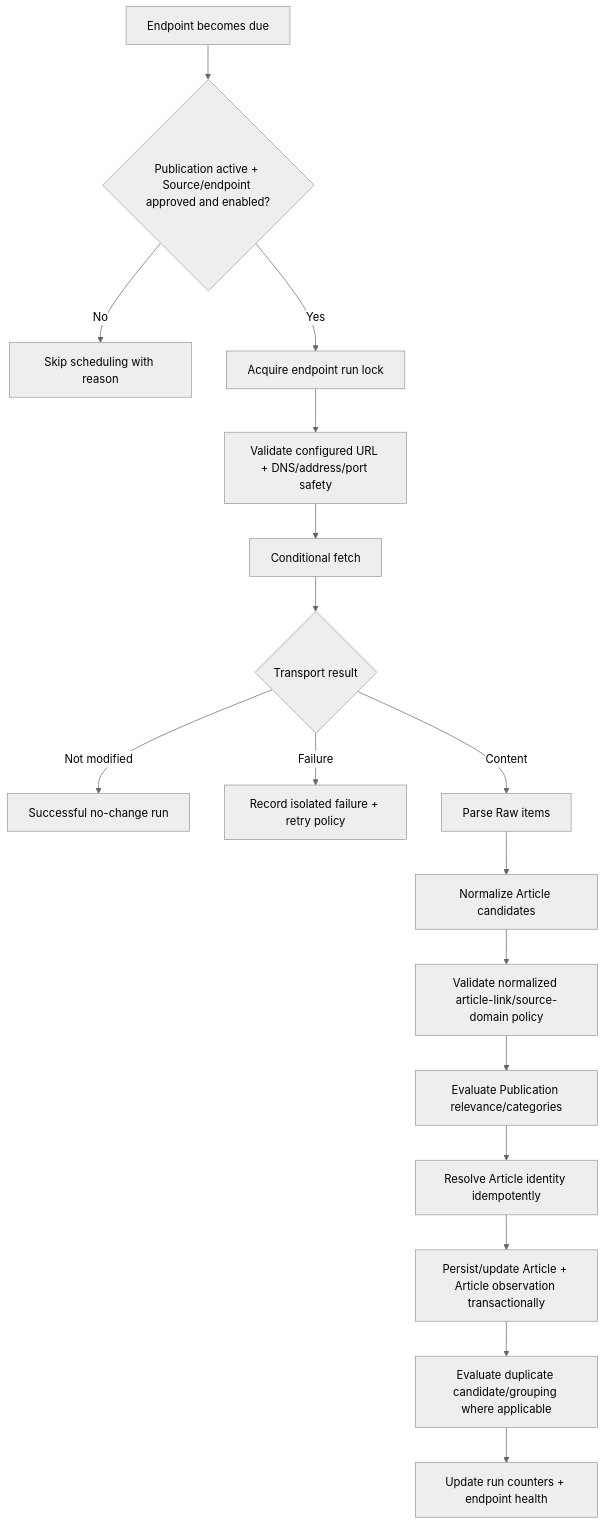
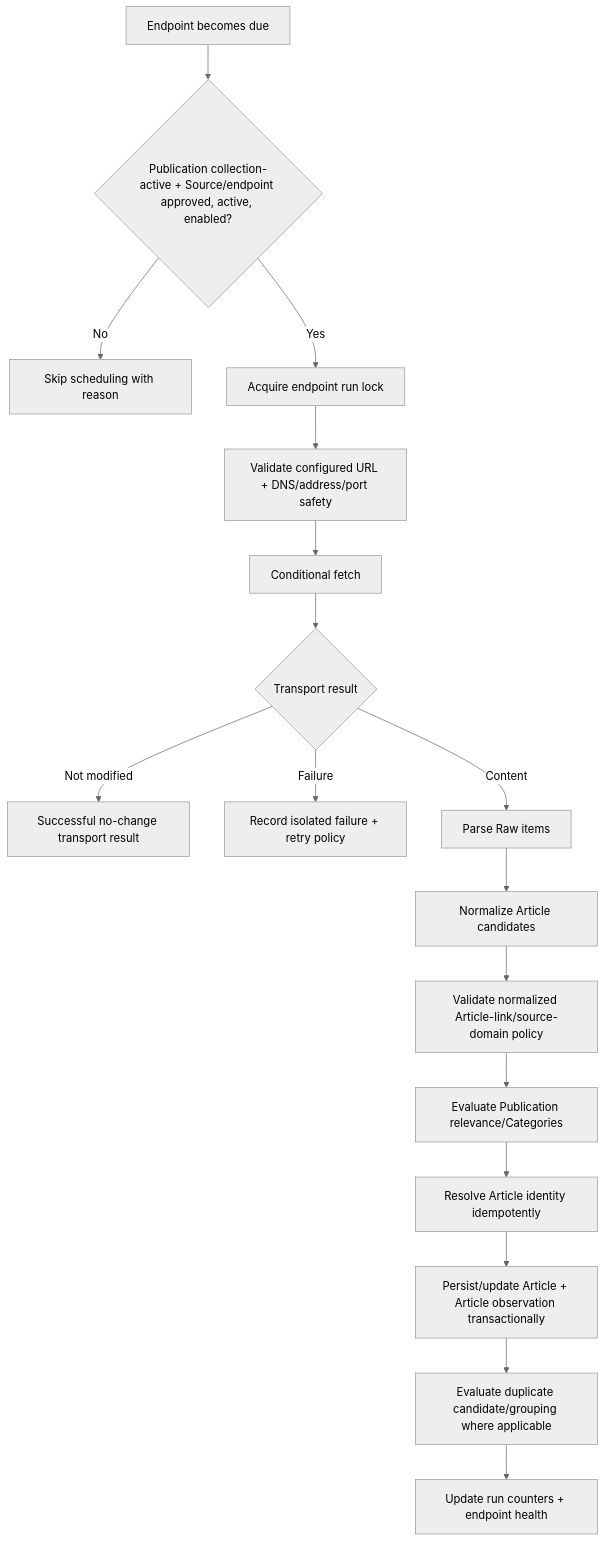
Before and after one commit to jfin602/news-scraper: the second of 2 diagrams in docs/architecture/system-architecture.md, drawn with Mermaid (neutral theme). The commit also changed other lines of this file and 8 other files, not shown here.

````diff
--- a/docs/architecture/system-architecture.md
+++ b/docs/architecture/system-architecture.md
@@ -77,19 +77,19 @@
 ```mermaid
 flowchart TD
-    A[Endpoint becomes due] --> B{Publication active + Source/endpoint approved and enabled?}
+    A[Endpoint becomes due] --> B{Publication collection-active + Source/endpoint approved, active, enabled?}
     B -- No --> Z[Skip scheduling with reason]
     B -- Yes --> C[Acquire endpoint run lock]
     C --> G[Validate configured URL + DNS/address/port safety]
     G --> D[Conditional fetch]
     D --> E{Transport result}
-    E -- Not modified --> F[Successful no-change run]
+    E -- Not modified --> F[Successful no-change transport result]
     E -- Failure --> H[Record isolated failure + retry policy]
     E -- Content --> I[Parse Raw items]
     I --> J[Normalize Article candidates]
-    J --> K[Validate normalized article-link/source-domain policy]
-    K --> L[Evaluate Publication relevance/categories]
+    J --> K[Validate normalized Article-link/source-domain policy]
+    K --> L[Evaluate Publication relevance/Categories]
     L --> M[Resolve Article identity idempotently]
     M --> N[Persist/update Article + Article observation transactionally]
     N --> O[Evaluate duplicate candidate/grouping where applicable]
     O --> P[Update run counters + endpoint health]
 ```
````
